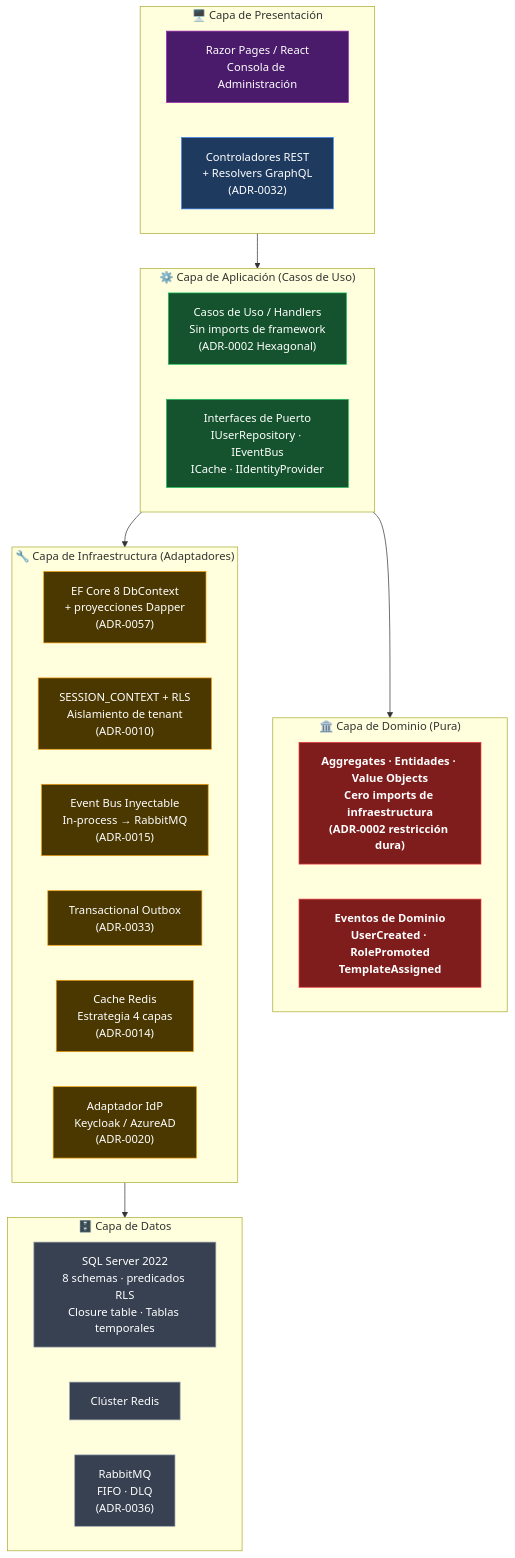
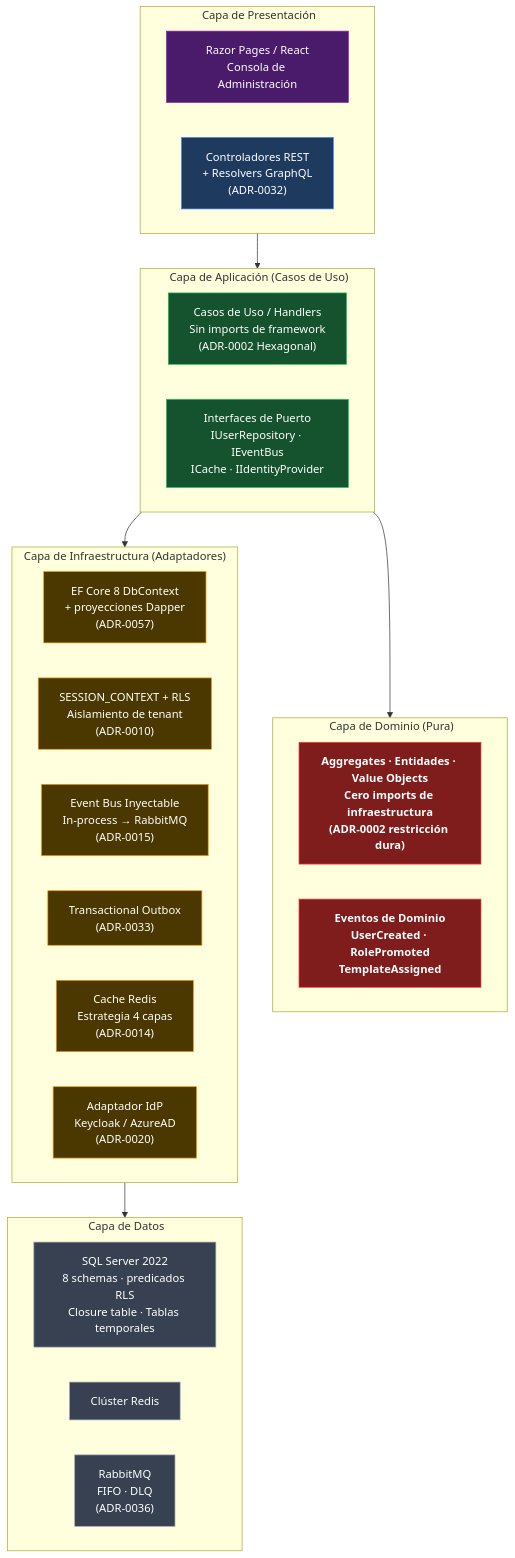
The sixth of 7 diagrams in reference/knowledge/demo/ums-technical-overview.es.md (beyondnetcode/evolith_arch32), drawn with Mermaid before and after one commit. The commit also changed other lines of this file and 41 other files, not shown here.

````diff
--- a/reference/knowledge/demo/ums-technical-overview.es.md
+++ b/reference/knowledge/demo/ums-technical-overview.es.md
@@ -223,49 +223,49 @@
 ```mermaid
 flowchart TB
     classDef client fill:#4a1a6b,stroke:#9c27b0,color:#fff
     classDef api fill:#1e3a5f,stroke:#3b82f6,color:#fff
     classDef app fill:#14532d,stroke:#22c55e,color:#fff
     classDef domain fill:#7f1d1d,stroke:#ef4444,color:#fff,font-weight:bold
     classDef infra fill:#4a3800,stroke:#f59e0b,color:#fff
     classDef data fill:#374151,stroke:#9ca3af,color:#fff
 
-    subgraph PRESENTATION["🖥️ Capa de Presentación"]
+    subgraph PRESENTATION["️ Capa de Presentación"]
         direction LR
         WEB_UI["Razor Pages / React\nConsola de Administración"]:::client
         API_LAYER["Controladores REST\n+ Resolvers GraphQL\n(ADR-0032)"]:::api
     end
 
-    subgraph APPLICATION["⚙️ Capa de Aplicación (Casos de Uso)"]
+    subgraph APPLICATION["️ Capa de Aplicación (Casos de Uso)"]
         direction LR
         UC["Casos de Uso / Handlers\nSin imports de framework\n(ADR-0002 Hexagonal)"]:::app
         PORTS["Interfaces de Puerto\nIUserRepository · IEventBus\nICache · IIdentityProvider"]:::app
     end
 
-    subgraph DOMAIN["🏛️ Capa de Dominio (Pura)"]
+    subgraph DOMAIN["️ Capa de Dominio (Pura)"]
         direction LR
         AGG["Aggregates · Entidades · Value Objects\nCero imports de infraestructura\n(ADR-0002 restricción dura)"]:::domain
         EVT["Eventos de Dominio\nUserCreated · RolePromoted\nTemplateAssigned"]:::domain
     end
 
-    subgraph INFRA["🔧 Capa de Infraestructura (Adaptadores)"]
+    subgraph INFRA[" Capa de Infraestructura (Adaptadores)"]
         direction LR
         EF["EF Core 8 DbContext\n+ proyecciones Dapper\n(ADR-0057)"]:::infra
         RLS_A["SESSION_CONTEXT + RLS\nAislamiento de tenant\n(ADR-0010)"]:::infra
         BUS["Event Bus Inyectable\nIn-process → RabbitMQ\n(ADR-0015)"]:::infra
         OUTBOX_A["Transactional Outbox\n(ADR-0033)"]:::infra
         CACHE["Cache Redis\nEstrategia 4 capas\n(ADR-0014)"]:::infra
         IDP["Adaptador IdP\nKeycloak / AzureAD\n(ADR-0020)"]:::infra
     end
 
-    subgraph DATA_LAYER["🗄️ Capa de Datos"]
+    subgraph DATA_LAYER["️ Capa de Datos"]
         direction LR
         SQL["SQL Server 2022\n8 schemas · predicados RLS\nClosure table · Tablas temporales"]:::data
         REDIS_DB["Clúster Redis"]:::data
         MQ["RabbitMQ\nFIFO · DLQ\n(ADR-0036)"]:::data
     end
 
     PRESENTATION --> APPLICATION
     APPLICATION --> DOMAIN
     APPLICATION --> INFRA
     INFRA --> DATA_LAYER
 ```
````
